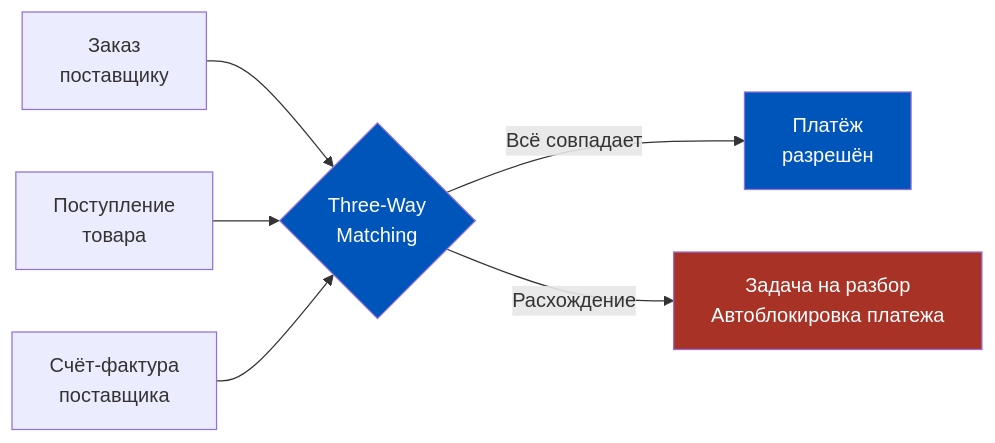
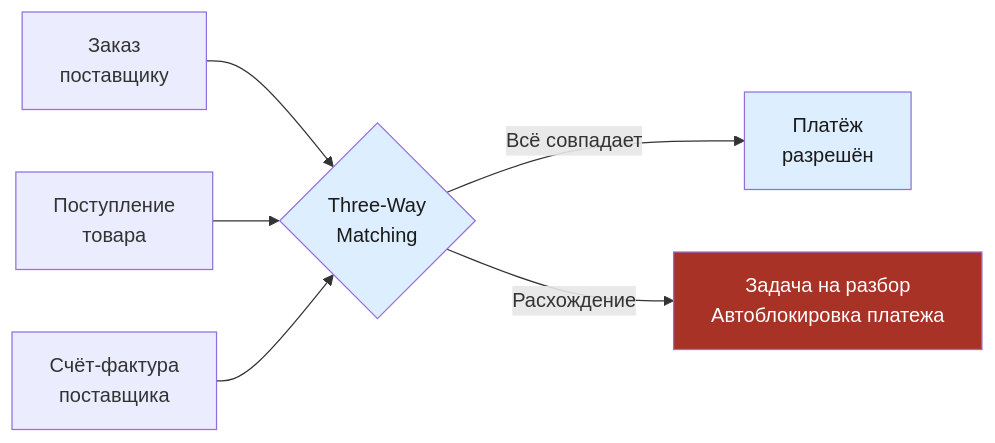
One commit to murad1986/1c-erp-quartz changed the fourth of 10 diagrams in content/1c-erp/week_8/Неделя 8 - День 3 - Казначейство и управление кэшем.md. Above: the diagram before and after it, drawn with Mermaid. The commit also changed other lines of this file and 57 other files, not shown here.

First line of the commit message:
fix: Mermaid — пастельные цвета в источниках диаграмм (56 файлов)

````diff
--- a/content/1c-erp/week_8/Неделя 8 - День 3 - Казначейство и управление кэшем.md
+++ b/content/1c-erp/week_8/Неделя 8 - День 3 - Казначейство и управление кэшем.md
@@ -263,12 +263,12 @@
 ```mermaid
 flowchart LR
     A[Заказ<br/>поставщику] --> D{Three-Way<br/>Matching}
     B[Поступление<br/>товара] --> D
     C[Счёт-фактура<br/>поставщика] --> D
     D -->|Всё совпадает| E[Платёж<br/>разрешён]
     D -->|Расхождение| F[Задача на разбор<br/>Автоблокировка платежа]
 
-    style D fill:#0055BB,color:#fff
-    style E fill:#0055BB,color:#fff
+    style D fill:#dceeff,color:#1a1a1a
+    style E fill:#dceeff,color:#1a1a1a
     style F fill:#A93226,color:#fff
 ```
````
